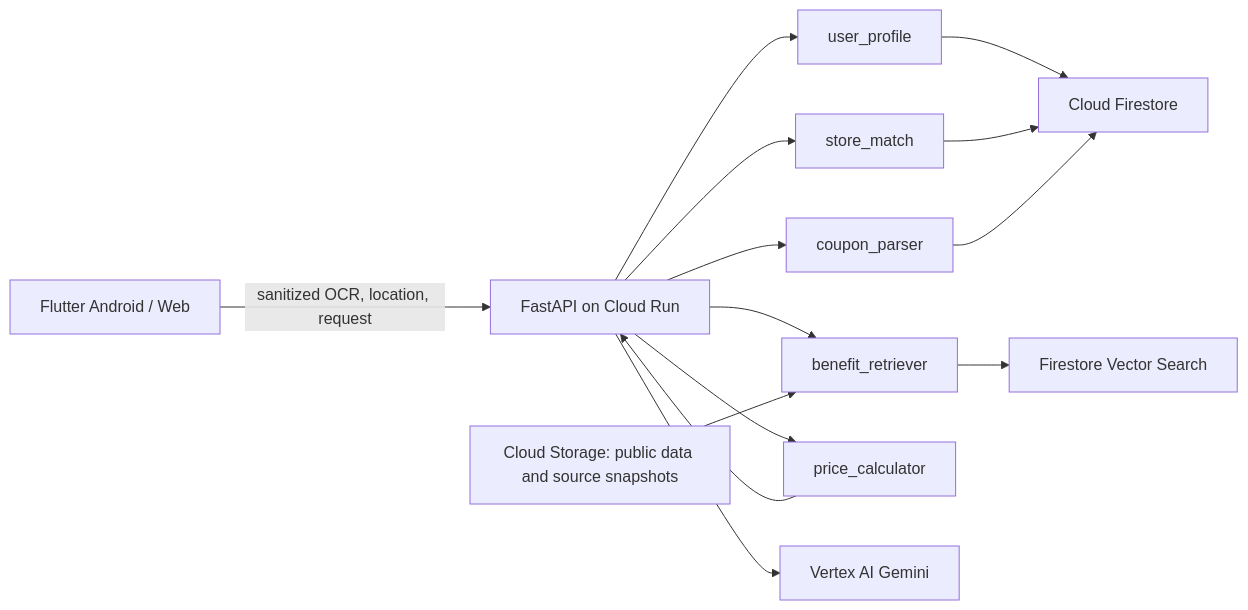
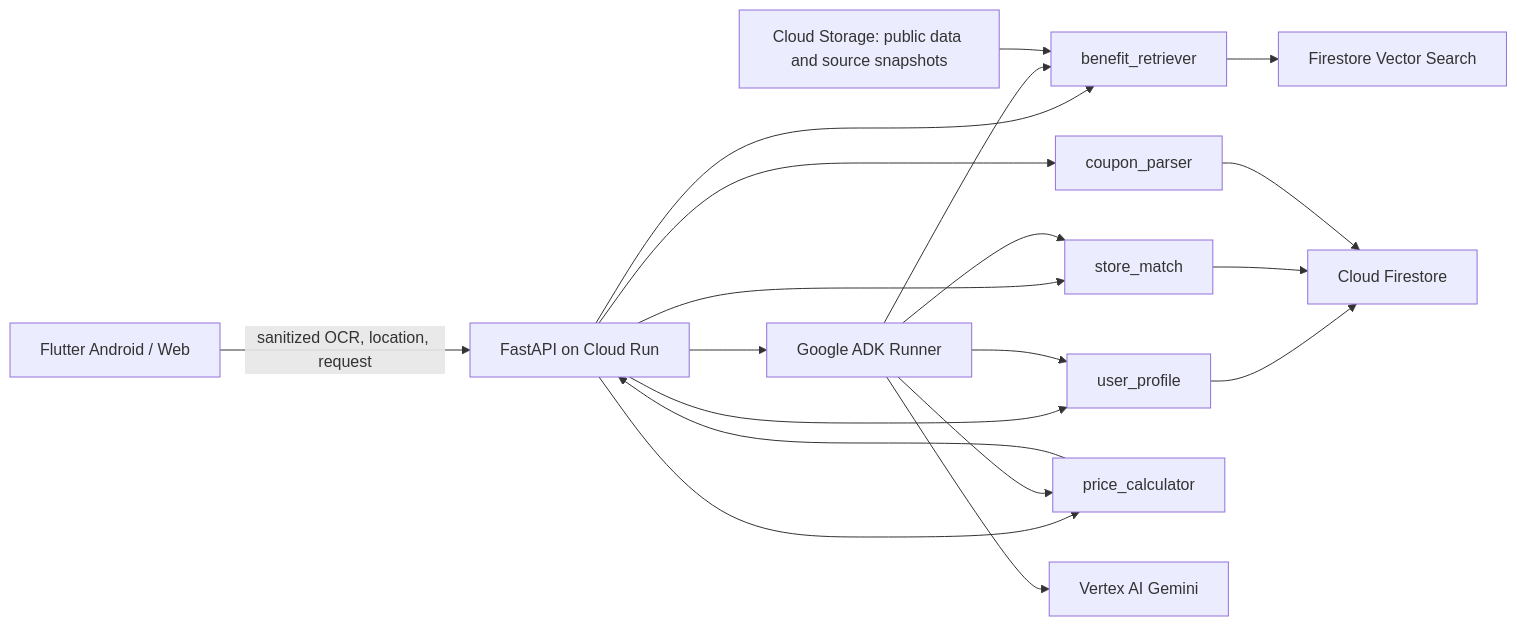
Before and after one commit to guddn/Coupon_Kock: the diagram in docs/architecture.md, drawn with Mermaid. The commit also changed other lines of this file and 31 other files, not shown here.

````diff
--- a/docs/architecture.md
+++ b/docs/architecture.md
@@ -5,16 +5,21 @@
 ```mermaid
 flowchart LR
     Client["Flutter Android / Web"] -->|sanitized OCR, location, request| API["FastAPI on Cloud Run"]
     API --> Parser["coupon_parser"]
     API --> Match["store_match"]
     API --> Retrieve["benefit_retriever"]
     API --> Profile["user_profile"]
     API --> Calc["price_calculator"]
-    API --> Gemini["Vertex AI Gemini"]
+    API --> ADK["Google ADK Runner"]
+    ADK --> Gemini["Vertex AI Gemini"]
+    ADK --> Match
+    ADK --> Retrieve
+    ADK --> Profile
+    ADK --> Calc
     Retrieve --> Vector["Firestore Vector Search"]
     Profile --> Firestore["Cloud Firestore"]
     Match --> Firestore
     Parser --> Firestore
     Storage["Cloud Storage: public data and source snapshots"] --> Retrieve
     Calc --> API
 ```
````
